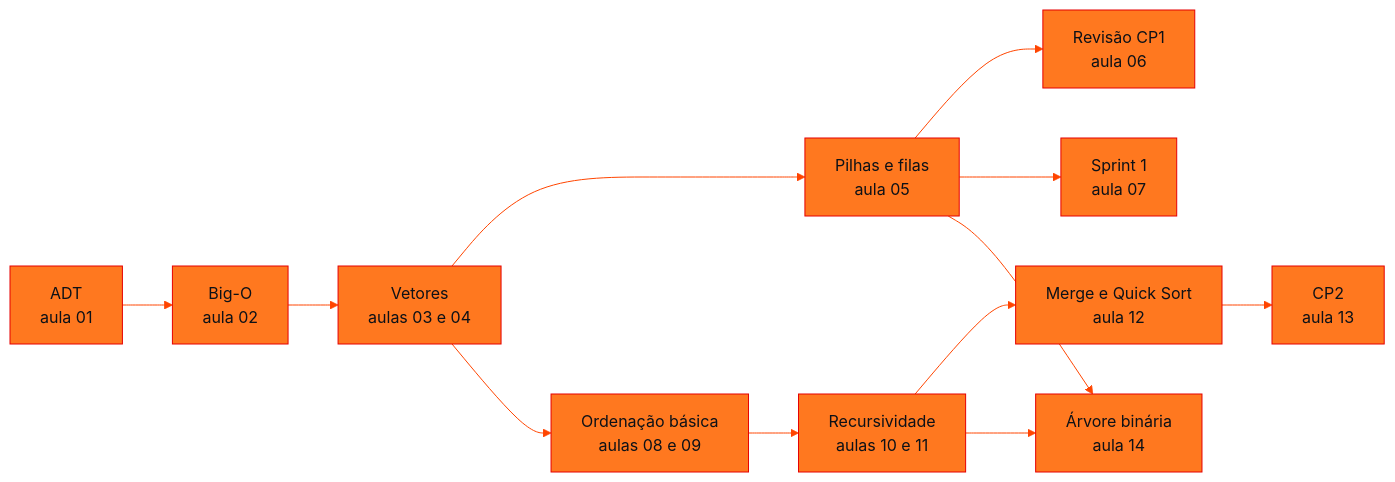
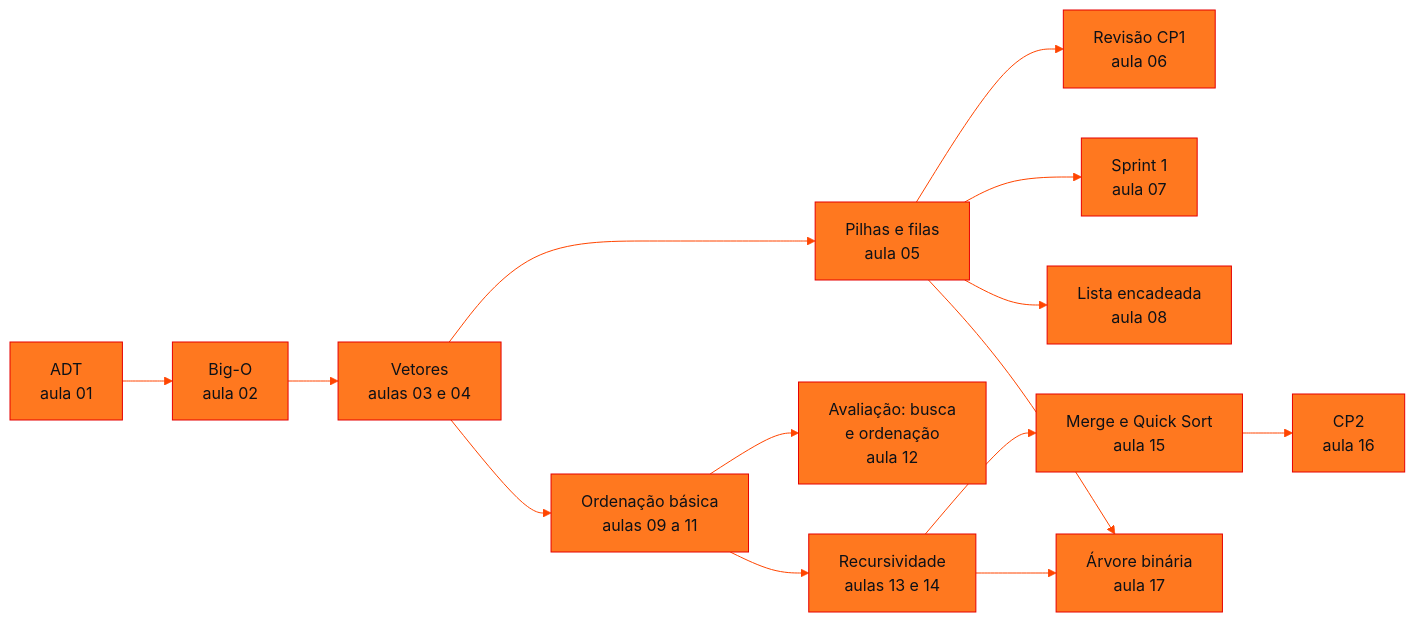
Before and after one commit to RenanMano/cs-fiap-academic: the diagram in data-structures-and-algorithms/README.md, drawn with Mermaid. The commit also changed other lines of this file and 120 other files, not shown here.

````diff
--- a/data-structures-and-algorithms/README.md
+++ b/data-structures-and-algorithms/README.md
@@ -125,15 +140,17 @@
 ```mermaid
 %%{init: {'theme': 'base', 'themeVariables': {'primaryColor': '#FF781F', 'primaryTextColor': '#0D1117', 'primaryBorderColor': '#E60000', 'lineColor': '#FF4500', 'secondaryColor': '#FFD8B8', 'tertiaryColor': '#FFF1E6', 'edgeLabelBackground': '#FFF1E6', 'fontFamily': 'Fira Code, monospace'}}}%%
 flowchart LR
     A["ADT<br/>aula 01"] --> B["Big-O<br/>aula 02"]
     B --> C["Vetores<br/>aulas 03 e 04"]
     C --> D["Pilhas e filas<br/>aula 05"]
     D --> E["Revisão CP1<br/>aula 06"]
     D --> F["Sprint 1<br/>aula 07"]
-    C --> G["Ordenação básica<br/>aulas 08 e 09"]
-    G --> H["Recursividade<br/>aulas 10 e 11"]
-    H --> I["Merge e Quick Sort<br/>aula 12"]
-    I --> J["CP2<br/>aula 13"]
-    H --> K["Árvore binária<br/>aula 14"]
+    D --> L["Lista encadeada<br/>aula 08"]
+    C --> G["Ordenação básica<br/>aulas 09 a 11"]
+    G --> V["Avaliação: busca<br/>e ordenação<br/>aula 12"]
+    G --> H["Recursividade<br/>aulas 13 e 14"]
+    H --> I["Merge e Quick Sort<br/>aula 15"]
+    I --> J["CP2<br/>aula 16"]
+    H --> K["Árvore binária<br/>aula 17"]
     D --> K
 ```
````
